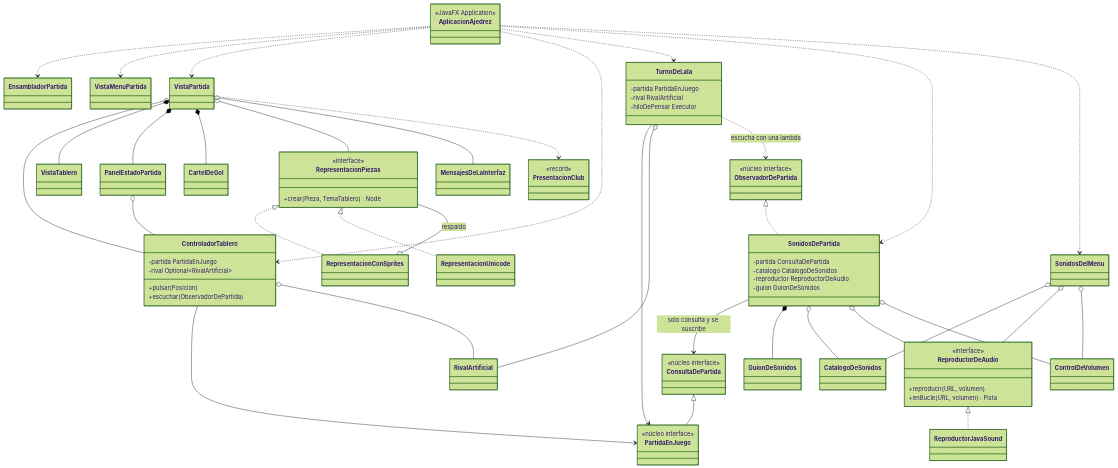
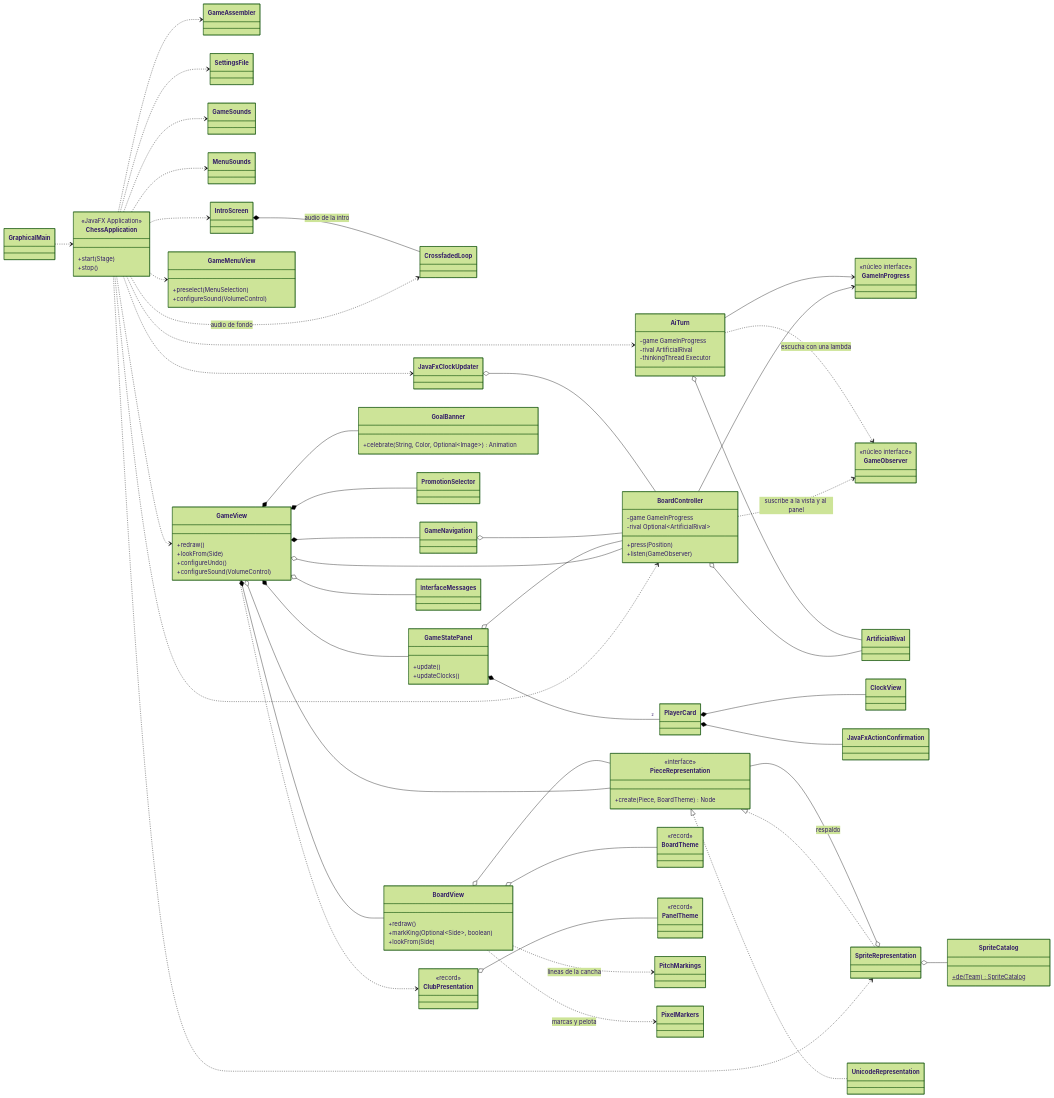
One commit to JoaquinIgnacioCampos/Chiquichess changed the second of 4 diagrams in docs/uml/07-adaptadores.md. Above: the diagram before and after it, drawn with Mermaid (forest theme). The commit also changed other lines of this file and 12 other files, not shown here.

First line of the commit message:
Actualiza el UML al código en inglés y suma las clases nuevas

````diff
--- a/docs/uml/07-adaptadores.md
+++ b/docs/uml/07-adaptadores.md
@@ -110,100 +147,131 @@
 ```mermaid
 classDiagram
-    direction TB
+    direction LR
 
-    class PartidaEnJuego {
+    class GameInProgress {
         <<núcleo interface>>
     }
-    class ConsultaDePartida {
+    class GameObserver {
         <<núcleo interface>>
     }
-    class ObservadorDePartida {
-        <<núcleo interface>>
+    class GameAssembler
+    class ArtificialRival
+    class SettingsFile
+    class GameSounds
+    class MenuSounds
+    class CrossfadedLoop
+
+    class GraphicalMain
+    class ChessApplication {
+        <<JavaFX Application>>
+        +start(Stage)
+        +stop()
     }
-    class EnsambladorPartida
-    class RivalArtificial
-
-    class AplicacionAjedrez {
-        <<JavaFX Application>>
+    class IntroScreen
+    class GameMenuView {
+        +preselect(MenuSelection)
+        +configureSound(VolumeControl)
     }
-    class VistaMenuPartida
-    class VistaPartida
-    class ControladorTablero {
-        -partida PartidaEnJuego
-        -rival Optional~RivalArtificial~
-        +pulsar(Posicion)
-        +escuchar(ObservadorDePartida)
+    class GameView {
+        +redraw()
+        +lookFrom(Side)
+        +configureUndo()
+        +configureSound(VolumeControl)
     }
-    class VistaTablero
-    class PanelEstadoPartida
-    class CartelDeGol
-    class MensajesDeLaInterfaz
-    class TurnoDeLaIa {
-        -partida PartidaEnJuego
-        -rival RivalArtificial
-        -hiloDePensar Executor
+    class BoardController {
+        -game GameInProgress
+        -rival Optional~ArtificialRival~
+        +press(Position)
+        +listen(GameObserver)
     }
-    class RepresentacionPiezas {
+    class BoardView {
+        +redraw()
+        +markKing(Optional~Side~, boolean)
+        +lookFrom(Side)
+    }
+    class GameStatePanel {
+        +update()
+        +updateClocks()
+    }
+    class PlayerCard
+    class ClockView
+    class GoalBanner {
+        +celebrate(String, Color, Optional~Image~) Animation
+    }
+    class PromotionSelector
+    class GameNavigation
+    class JavaFxActionConfirmation
+    class JavaFxClockUpdater
+    class InterfaceMessages
+    class AiTurn {
+        -game GameInProgress
+        -rival ArtificialRival
+        -thinkingThread Executor
+    }
+    class PieceRepresentation {
         <<interface>>
-        +crear(Pieza, TemaTablero) Node
+        +create(Piece, BoardTheme) Node
     }
-    class RepresentacionConSprites
-    class RepresentacionUnicode
-    class PresentacionClub {
+    class SpriteRepresentation
+    class UnicodeRepresentation
+    class SpriteCatalog {
+        +de(Team)$ SpriteCatalog
+    }
+    class ClubPresentation {
         <<record>>
     }
+    class BoardTheme {
+        <<record>>
+    }
+    class PanelTheme {
+        <<record>>
+    }
+    class PitchMarkings
+    class PixelMarkers
 
-    class SonidosDePartida {
-        -partida ConsultaDePartida
-        -catalogo CatalogoDeSonidos
-        -reproductor ReproductorDeAudio
-        -guion GuionDeSonidos
-    }
-    class GuionDeSonidos
-    class CatalogoDeSonidos
-    class ReproductorDeAudio {
-        <<interface>>
-        +reproducir(URL, volumen)
-        +enBucle(URL, volumen) Pista
-    }
-    class ReproductorJavaSound
-    class SonidosDelMenu
-    class ControlDeVolumen
+    GraphicalMain ..> ChessApplication
+    ChessApplication ..> GameAssembler
+    ChessApplication ..> SettingsFile
+    ChessApplication ..> IntroScreen
+    ChessApplication ..> GameMenuView
+    ChessApplication ..> GameView
+    ChessApplication ..> BoardController
+    ChessApplication ..> AiTurn
+    ChessApplication ..> JavaFxClockUpdater
+    ChessApplication ..> GameSounds
+    ChessApplication ..> MenuSounds
+    ChessApplication ..> CrossfadedLoop : audio de fondo
+    ChessApplication ..> SpriteRepresentation
+    IntroScreen *-- CrossfadedLoop : audio de la intro
 
-    AplicacionAjedrez ..> EnsambladorPartida
-    AplicacionAjedrez ..> VistaMenuPartida
-    AplicacionAjedrez ..> VistaPartida
-    AplicacionAjedrez ..> ControladorTablero
-    AplicacionAjedrez ..> TurnoDeLaIa
-    AplicacionAjedrez ..> SonidosDePartida
-    AplicacionAjedrez ..> SonidosDelMenu
-
-    VistaPartida o-- ControladorTablero
-    VistaPartida *-- VistaTablero
-    VistaPartida *-- PanelEstadoPartida
-    VistaPartida *-- CartelDeGol
-    VistaPartida o-- RepresentacionPiezas
-    VistaPartida o-- MensajesDeLaInterfaz
-    VistaPartida ..> PresentacionClub
-    PanelEstadoPartida o-- ControladorTablero
-    ControladorTablero --> PartidaEnJuego
-    ControladorTablero o-- RivalArtificial
-    TurnoDeLaIa --> PartidaEnJuego
-    TurnoDeLaIa o-- RivalArtificial
-    TurnoDeLaIa ..> ObservadorDePartida : escucha con una lambda
-    RepresentacionPiezas <|.. RepresentacionConSprites
-    RepresentacionPiezas <|.. RepresentacionUnicode
-    RepresentacionConSprites o-- RepresentacionPiezas : respaldo
-
-    ObservadorDePartida <|.. SonidosDePartida
-    SonidosDePartida --> ConsultaDePartida : solo consulta y se suscribe
-    ConsultaDePartida <|-- PartidaEnJuego
-    SonidosDePartida *-- GuionDeSonidos
-    SonidosDePartida o-- CatalogoDeSonidos
-    SonidosDePartida o-- ReproductorDeAudio
-    SonidosDePartida o-- ControlDeVolumen
-    SonidosDelMenu o-- CatalogoDeSonidos
-    SonidosDelMenu o-- ReproductorDeAudio
-    SonidosDelMenu o-- ControlDeVolumen
-    ReproductorDeAudio <|.. ReproductorJavaSound
+    GameView o-- BoardController
+    GameView *-- BoardView
+    GameView *-- GameStatePanel
+    GameView *-- GoalBanner
+    GameView *-- PromotionSelector
+    GameView *-- GameNavigation
+    GameView o-- PieceRepresentation
+    GameView o-- InterfaceMessages
+    GameView ..> ClubPresentation
+    GameStatePanel o-- BoardController
+    GameStatePanel *-- "2" PlayerCard
+    PlayerCard *-- ClockView
+    PlayerCard *-- JavaFxActionConfirmation
+    GameNavigation o-- BoardController
+    JavaFxClockUpdater o-- BoardController
+    BoardView o-- PieceRepresentation
+    BoardView o-- BoardTheme
+    BoardView ..> PitchMarkings : líneas de la cancha
+    BoardView ..> PixelMarkers : marcas y pelota
+    BoardController --> GameInProgress
+    BoardController o-- ArtificialRival
+    BoardController ..> GameObserver : suscribe a la vista y al panel
+    AiTurn --> GameInProgress
+    AiTurn o-- ArtificialRival
+    AiTurn ..> GameObserver : escucha con una lambda
+    PieceRepresentation <|.. SpriteRepresentation
+    PieceRepresentation <|.. UnicodeRepresentation
+    SpriteRepresentation o-- SpriteCatalog
+    SpriteRepresentation o-- PieceRepresentation : respaldo
+    ClubPresentation o-- PanelTheme
 ```
````
